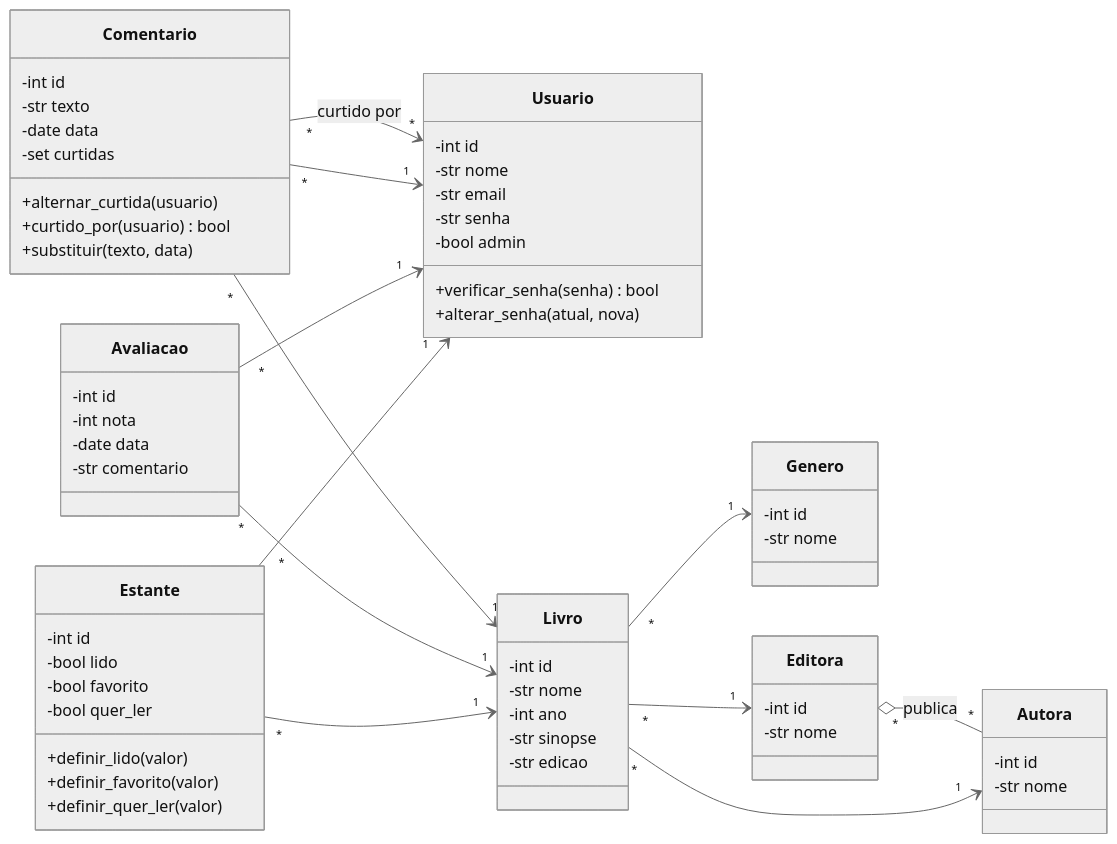
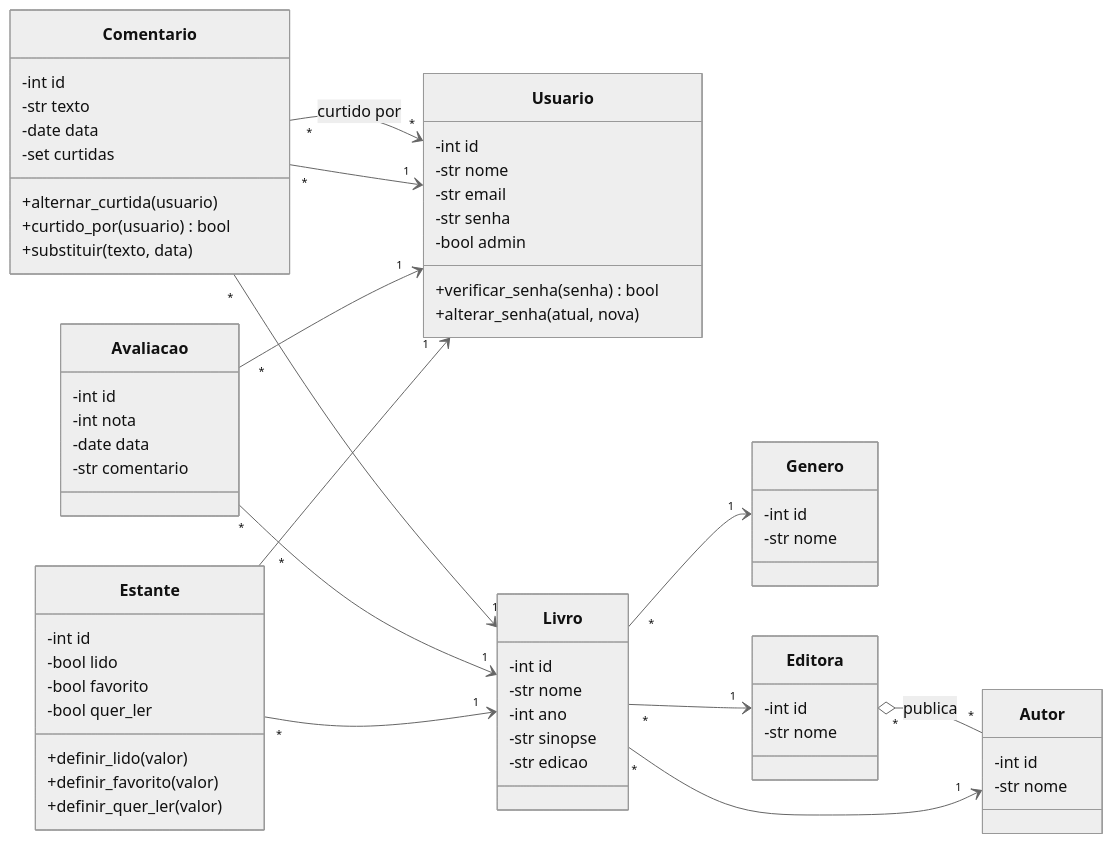
Before and after one commit to BiaTrixie/sistema-biblioteca-poo: the first of 4 diagrams in docs/uml/diagrama_de_classes.md, drawn with Mermaid (neutral theme). The commit also changed other lines of this file and 16 other files, not shown here.

````diff
--- a/docs/uml/diagrama_de_classes.md
+++ b/docs/uml/diagrama_de_classes.md
@@ -5,69 +5,69 @@
 ```mermaid
 classDiagram
     direction LR
 
     class Usuario {
         -int id
         -str nome
         -str email
         -str senha
         -bool admin
         +verificar_senha(senha) bool
         +alterar_senha(atual, nova)
     }
     class Livro {
         -int id
         -str nome
         -int ano
         -str sinopse
         -str edicao
     }
     class Genero {
         -int id
         -str nome
     }
-    class Autora {
+    class Autor {
         -int id
         -str nome
     }
     class Editora {
         -int id
         -str nome
     }
     class Estante {
         -int id
         -bool lido
         -bool favorito
         -bool quer_ler
         +definir_lido(valor)
         +definir_favorito(valor)
         +definir_quer_ler(valor)
     }
     class Avaliacao {
         -int id
         -int nota
         -date data
         -str comentario
     }
     class Comentario {
         -int id
         -str texto
         -date data
         -set curtidas
         +alternar_curtida(usuario)
         +curtido_por(usuario) bool
         +substituir(texto, data)
     }
 
     Livro "*" --> "1" Genero
-    Livro "*" --> "1" Autora
+    Livro "*" --> "1" Autor
     Livro "*" --> "1" Editora
-    Editora "*" o-- "*" Autora : publica
+    Editora "*" o-- "*" Autor : publica
     Estante "*" --> "1" Usuario
     Estante "*" --> "1" Livro
     Avaliacao "*" --> "1" Usuario
     Avaliacao "*" --> "1" Livro
     Comentario "*" --> "1" Usuario
     Comentario "*" --> "1" Livro
     Comentario "*" --> "*" Usuario : curtido por
 ```
````
